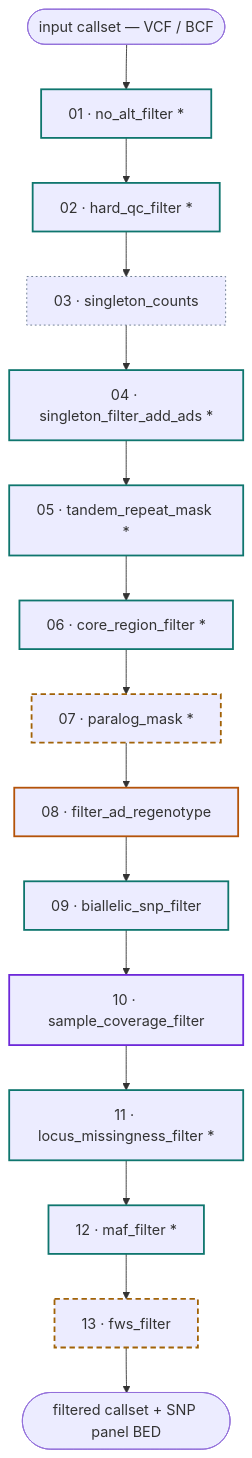
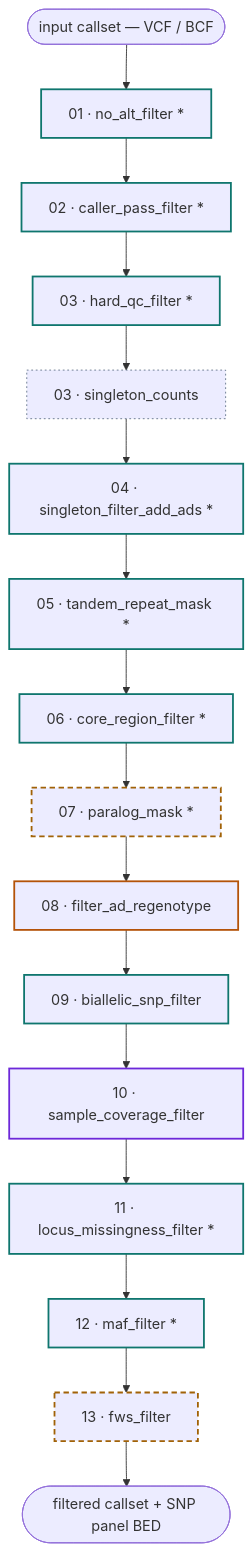
The diagram in docs/filtering.md (nickjhathaway/plasgenomicsutils), drawn with Mermaid before and after one commit. The commit also changed other lines of this file and 15 other files, not shown here.

````diff
--- a/docs/filtering.md
+++ b/docs/filtering.md
@@ -506,33 +590,34 @@
 ```mermaid
 flowchart TD
     IN(["input callset — VCF / BCF"])
     S01["01 · no_alt_filter *"]
-    S02["02 · hard_qc_filter *"]
+    S01b["02 · caller_pass_filter *"]
+    S02["03 · hard_qc_filter *"]
     S03["03 · singleton_counts"]
     S04["04 · singleton_filter_add_ads *"]
     S05["05 · tandem_repeat_mask *"]
     S06["06 · core_region_filter *"]
     S07["07 · paralog_mask *"]
     S08["08 · filter_ad_regenotype"]
     S09["09 · biallelic_snp_filter"]
     S10["10 · sample_coverage_filter"]
     S11["11 · locus_missingness_filter *"]
     S12["12 · maf_filter *"]
     S13["13 · fws_filter"]
     OUT(["filtered callset + SNP panel BED"])
 
-    IN --> S01 --> S02 --> S03 --> S04 --> S05 --> S06 --> S07 --> S08
+    IN --> S01 --> S01b --> S02 --> S03 --> S04 --> S05 --> S06 --> S07 --> S08
     S08 --> S09 --> S10 --> S11 --> S12 --> S13 --> OUT
 
     classDef variant stroke:#0f766e,stroke-width:2px
     classDef genotype stroke:#b45309,stroke-width:2px
     classDef sample stroke:#6d28d9,stroke-width:2px
     classDef report stroke:#64748b,stroke-width:1px,stroke-dasharray:2 3
     classDef disabled stroke:#a16207,stroke-width:2px,stroke-dasharray:6 4
 
-    class S01,S02,S04,S05,S06,S09,S11,S12 variant
+    class S01,S01b,S02,S04,S05,S06,S09,S11,S12 variant
     class S08 genotype
     class S10 sample
     class S03 report
     class S07,S13 disabled
 ```
````
